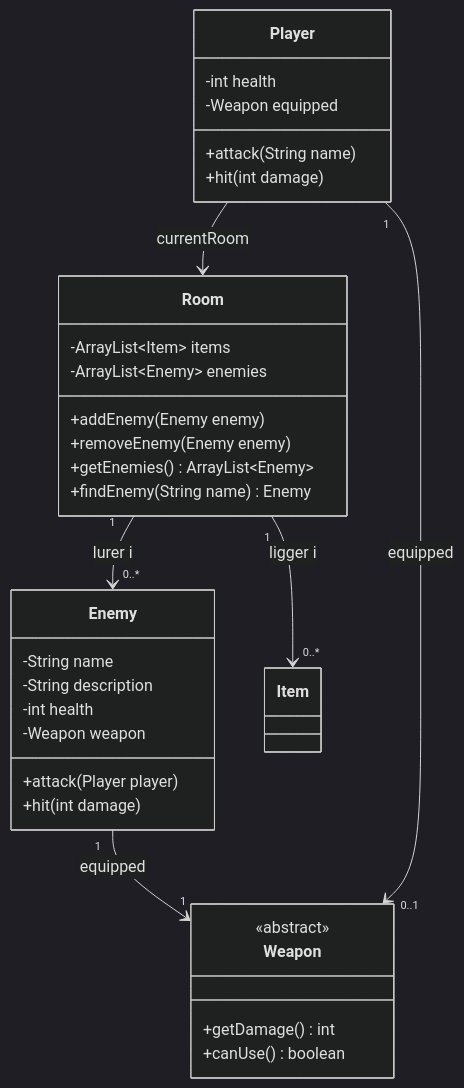
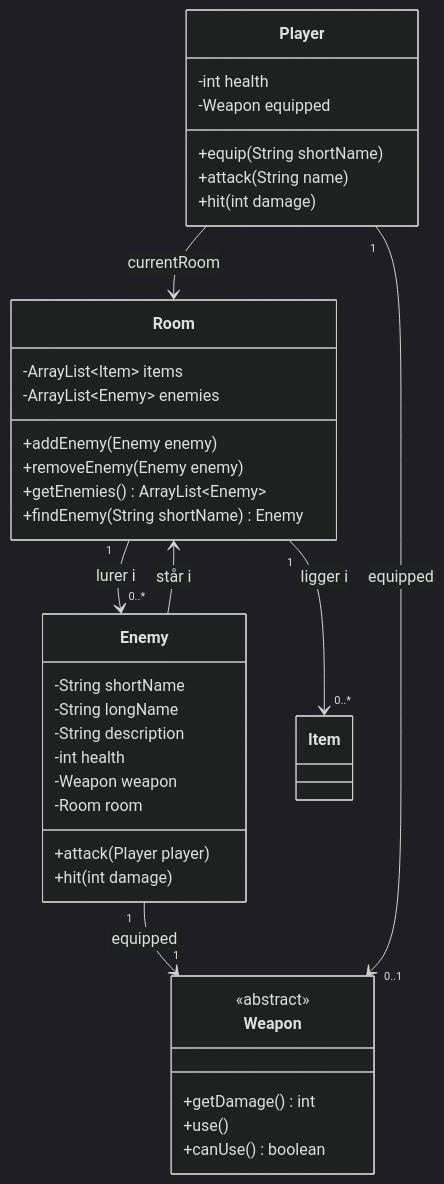
One commit to CheMical/DAT-GBG-DA-E26AB changed the diagram in projekter/adventure/del-5-enemies.md. Above: the diagram before and after it, drawn with Mermaid (dark theme). The commit also changed other lines of this file and 20 other files, not shown here.

````diff
--- a/projekter/adventure/del-5-enemies.md
+++ b/projekter/adventure/del-5-enemies.md
@@ -144,36 +155,41 @@
 ```mermaid
 classDiagram
     class Room {
         -ArrayList~Item~ items
         -ArrayList~Enemy~ enemies
         +addEnemy(Enemy enemy)
         +removeEnemy(Enemy enemy)
         +getEnemies() ArrayList~Enemy~
-        +findEnemy(String name) Enemy
+        +findEnemy(String shortName) Enemy
     }
     class Player {
         -int health
         -Weapon equipped
+        +equip(String shortName)
         +attack(String name)
         +hit(int damage)
     }
     class Enemy {
-        -String name
+        -String shortName
+        -String longName
         -String description
         -int health
         -Weapon weapon
+        -Room room
         +attack(Player player)
         +hit(int damage)
     }
     class Weapon {
         <<abstract>>
         +getDamage() int
+        +use()
         +canUse() boolean
     }
 
     Room "1" --> "0..*" Enemy : lurer i
     Room "1" --> "0..*" Item : ligger i
     Enemy "1" --> "1" Weapon : equipped
     Player "1" --> "0..1" Weapon : equipped
+    Enemy --> Room : står i
     Player --> Room : currentRoom
 ```
````
